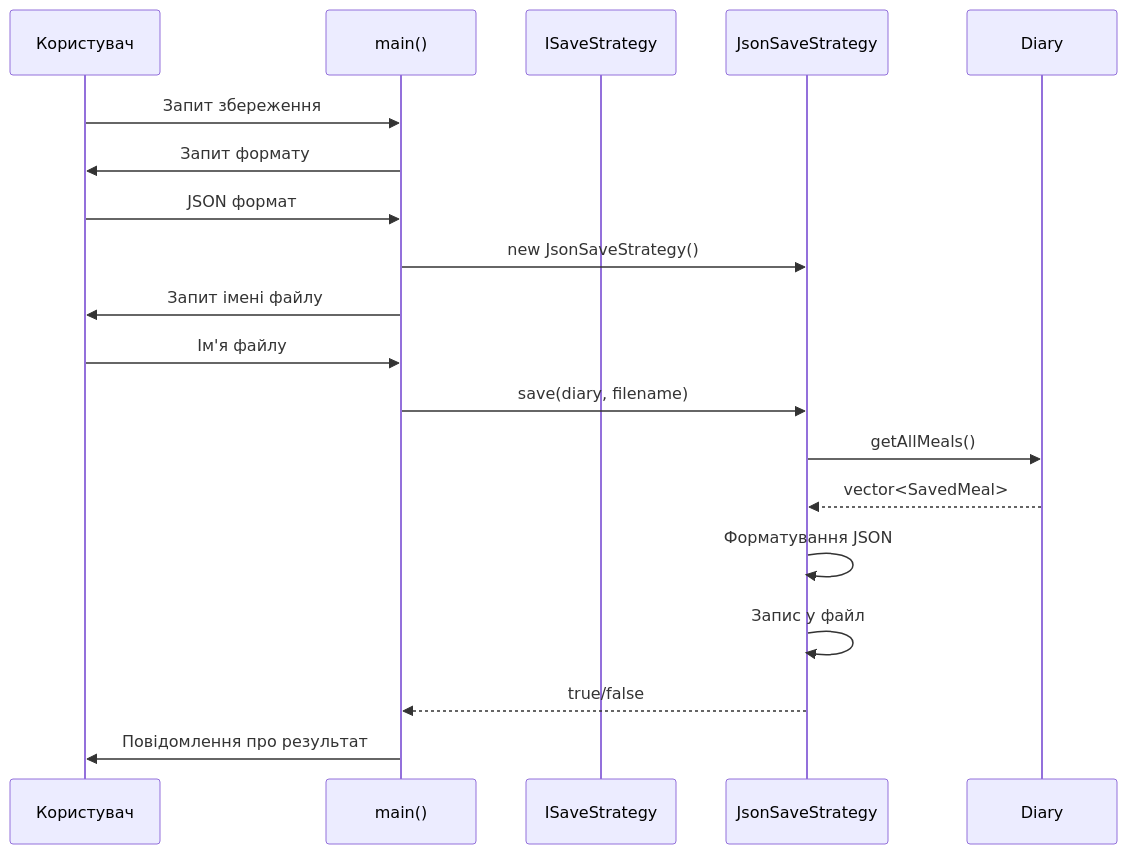
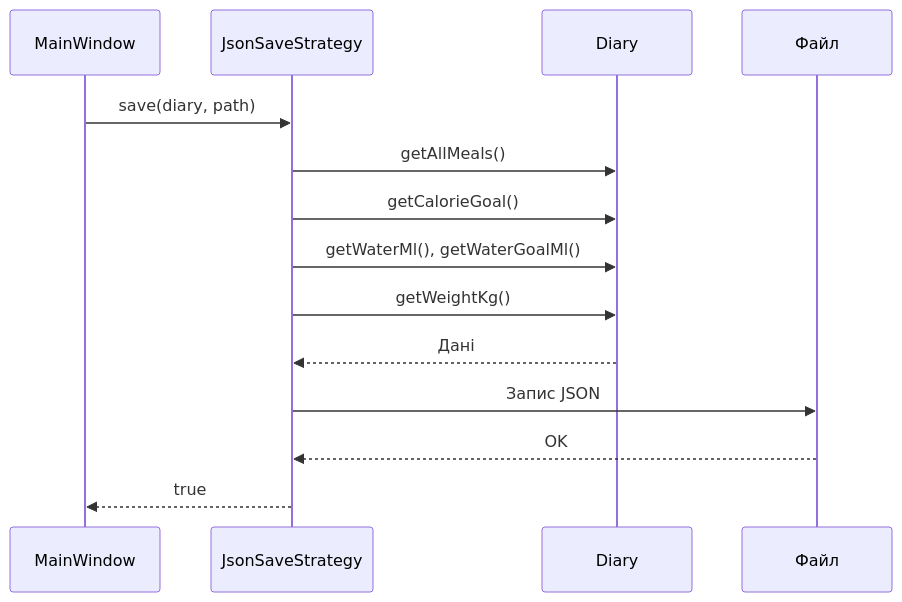
Before and after one commit to zekapele/CalorieCalc: the third of 5 diagrams in docs/SequenceDiagram.md, drawn with Mermaid. The commit also changed other lines of this file and 36 other files, not shown here.

Commit message:
Add advanced features: SQLite support, QChart graphs, category filters, improved themes, CSV import/export, enhanced logging

````diff
--- a/docs/SequenceDiagram.md
+++ b/docs/SequenceDiagram.md
@@ -57,22 +43,17 @@
 ```mermaid
 sequenceDiagram
-    participant User as Користувач
-    participant Main as main()
-    participant Strategy as ISaveStrategy
-    participant JsonStrategy as JsonSaveStrategy
+    participant GUI as MainWindow
+    participant Strategy as JsonSaveStrategy
     participant Diary as Diary
-    
-    User->>Main: Запит збереження
-    Main->>User: Запит формату
-    User->>Main: JSON формат
-    Main->>JsonStrategy: new JsonSaveStrategy()
-    Main->>User: Запит імені файлу
-    User->>Main: Ім'я файлу
-    Main->>JsonStrategy: save(diary, filename)
-    JsonStrategy->>Diary: getAllMeals()
-    Diary-->>JsonStrategy: vector<SavedMeal>
-    JsonStrategy->>JsonStrategy: Форматування JSON
-    JsonStrategy->>JsonStrategy: Запис у файл
-    JsonStrategy-->>Main: true/false
-    Main->>User: Повідомлення про результат
+    participant File as Файл
+
+    GUI->>Strategy: save(diary, path)
+    Strategy->>Diary: getAllMeals()
+    Strategy->>Diary: getCalorieGoal()
+    Strategy->>Diary: getWaterMl(), getWaterGoalMl()
+    Strategy->>Diary: getWeightKg()
+    Diary-->>Strategy: Дані
+    Strategy->>File: Запис JSON
+    File-->>Strategy: OK
+    Strategy-->>GUI: true
 ```
````
